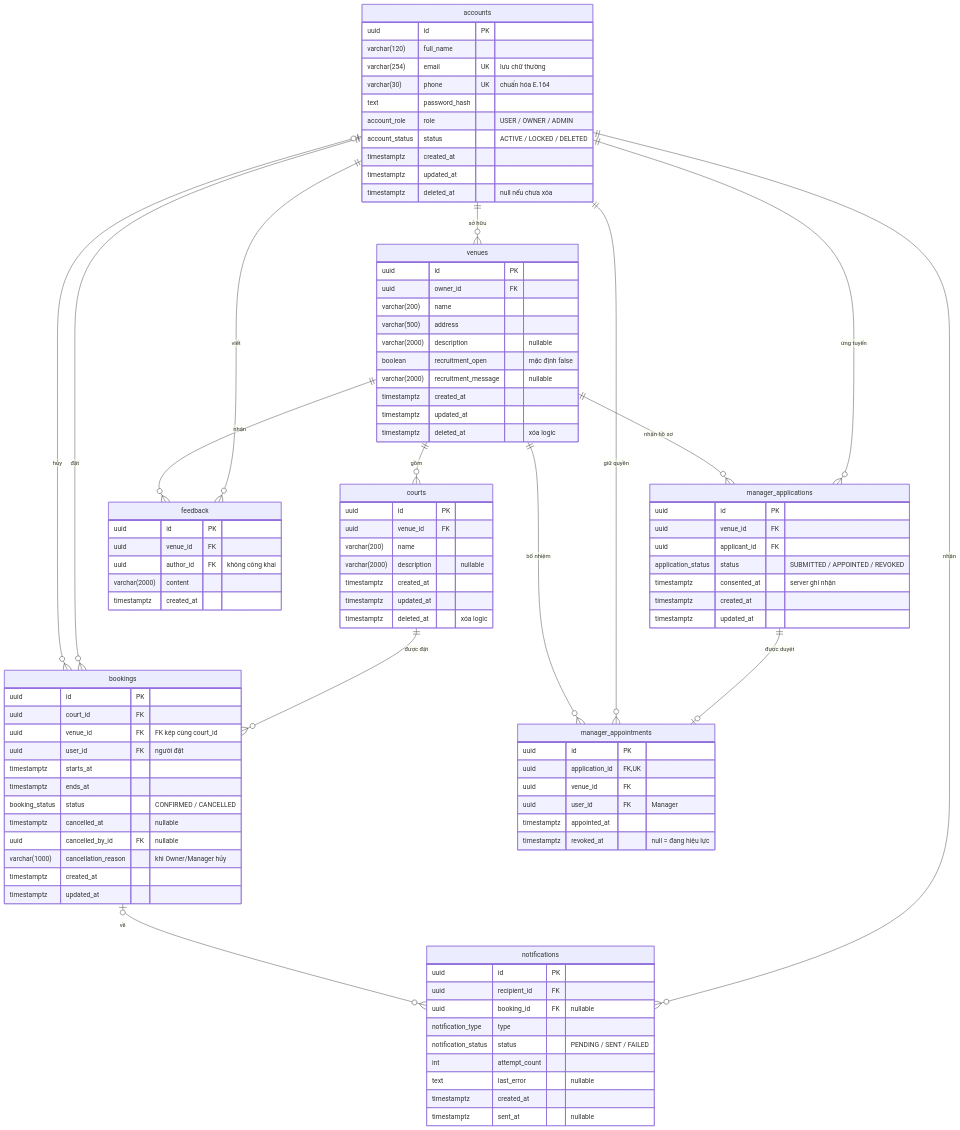
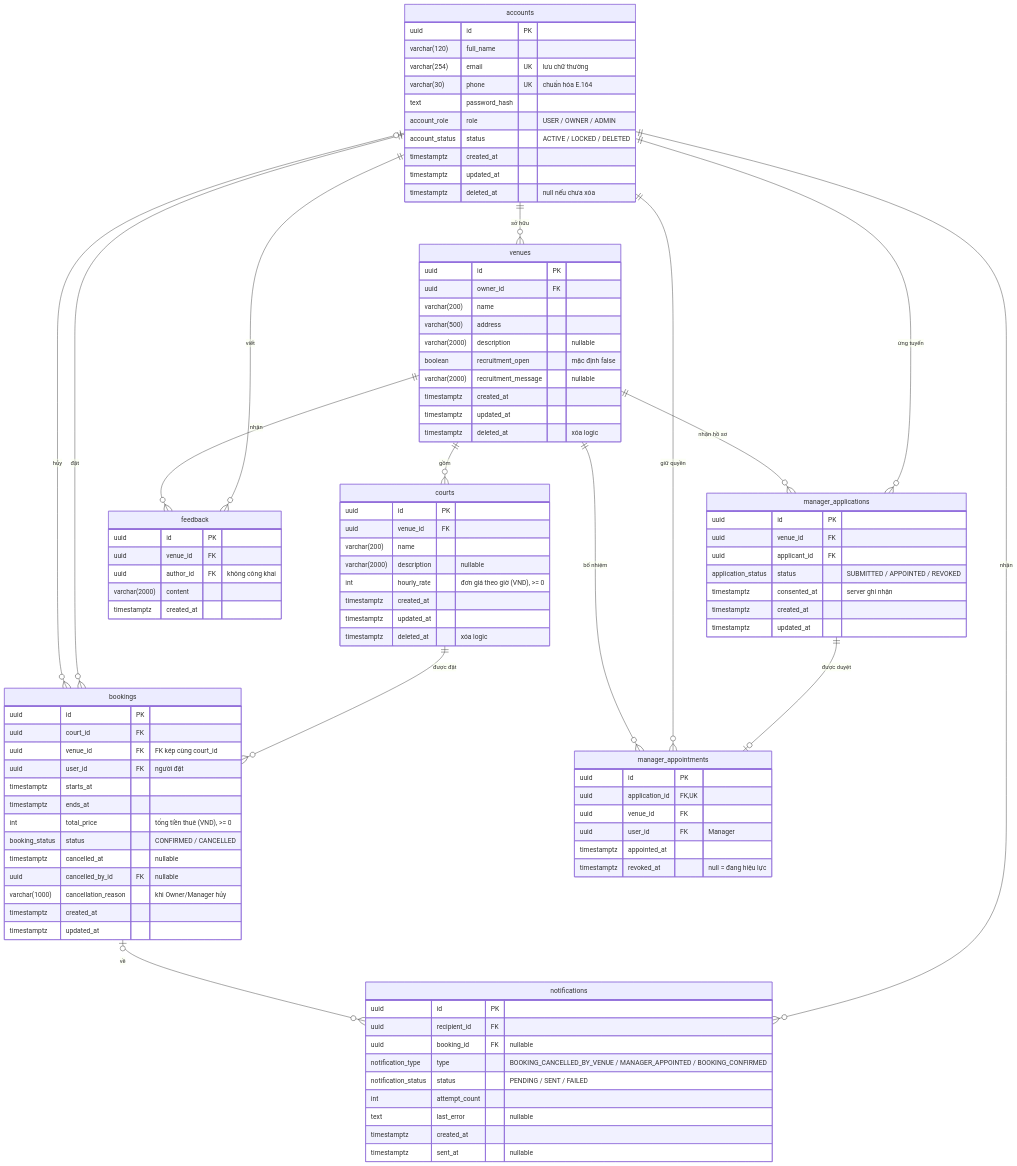
One commit to HuuHieu03/sports-court-booking-system changed the diagram in documentation/architecture/DATABASE.md. Above: the diagram before and after it, drawn with Mermaid. The commit also changed other lines of this file and 21 other files, not shown here.

Commit message:
feat(db): add pricing to courts/bookings, extend notification_type enum, and sync docs

```diff
--- a/documentation/architecture/DATABASE.md
+++ b/documentation/architecture/DATABASE.md
@@ -56,6 +56,7 @@
     uuid venue_id FK
     varchar(200) name
     varchar(2000) description "nullable"
+    int hourly_rate "đơn giá theo giờ (VND), >= 0"
     timestamptz created_at
     timestamptz updated_at
     timestamptz deleted_at "xóa logic"
@@ -67,6 +68,7 @@
     uuid user_id FK "người đặt"
     timestamptz starts_at
     timestamptz ends_at
+    int total_price "tổng tiền thuê (VND), >= 0"
     booking_status status "CONFIRMED / CANCELLED"
     timestamptz cancelled_at "nullable"
     uuid cancelled_by_id FK "nullable"
@@ -102,7 +104,7 @@
     uuid id PK
     uuid recipient_id FK
     uuid booking_id FK "nullable"
-    notification_type type
+    notification_type type "BOOKING_CANCELLED_BY_VENUE / MANAGER_APPOINTED / BOOKING_CONFIRMED"
     notification_status status "PENDING / SENT / FAILED"
     int attempt_count
     text last_error "nullable"
```
